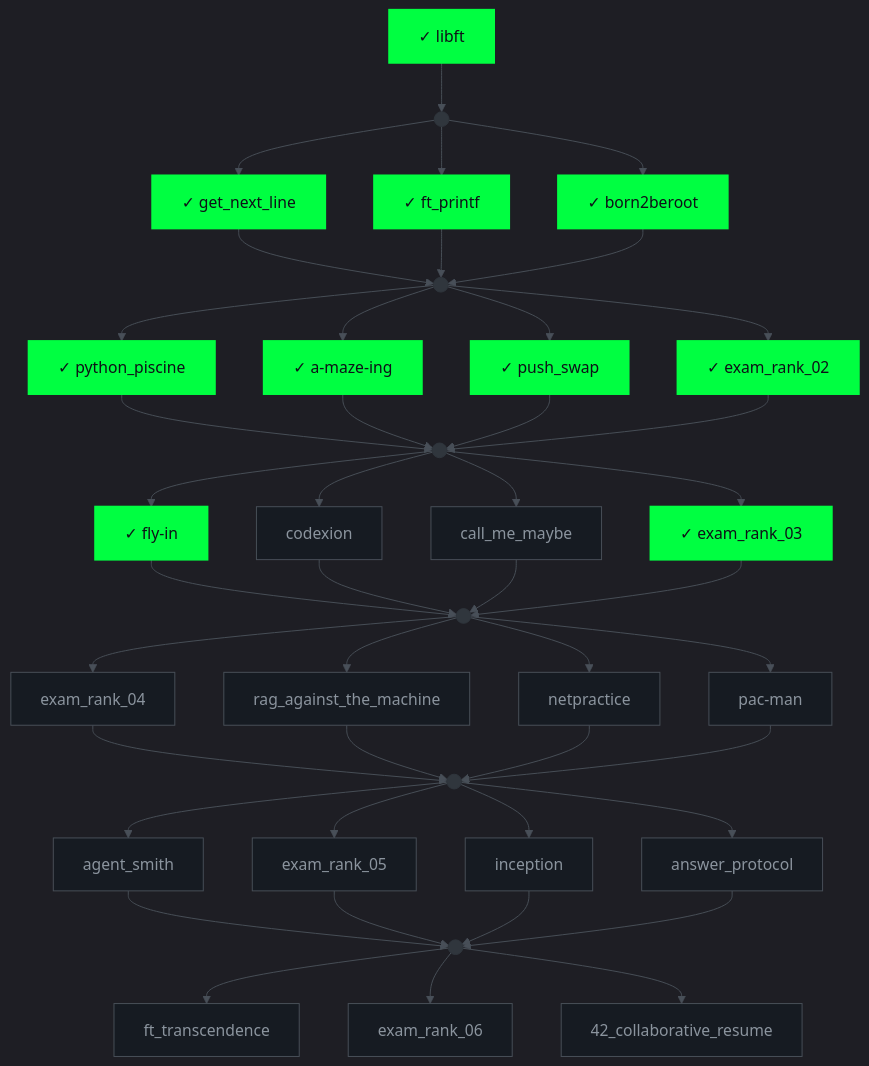
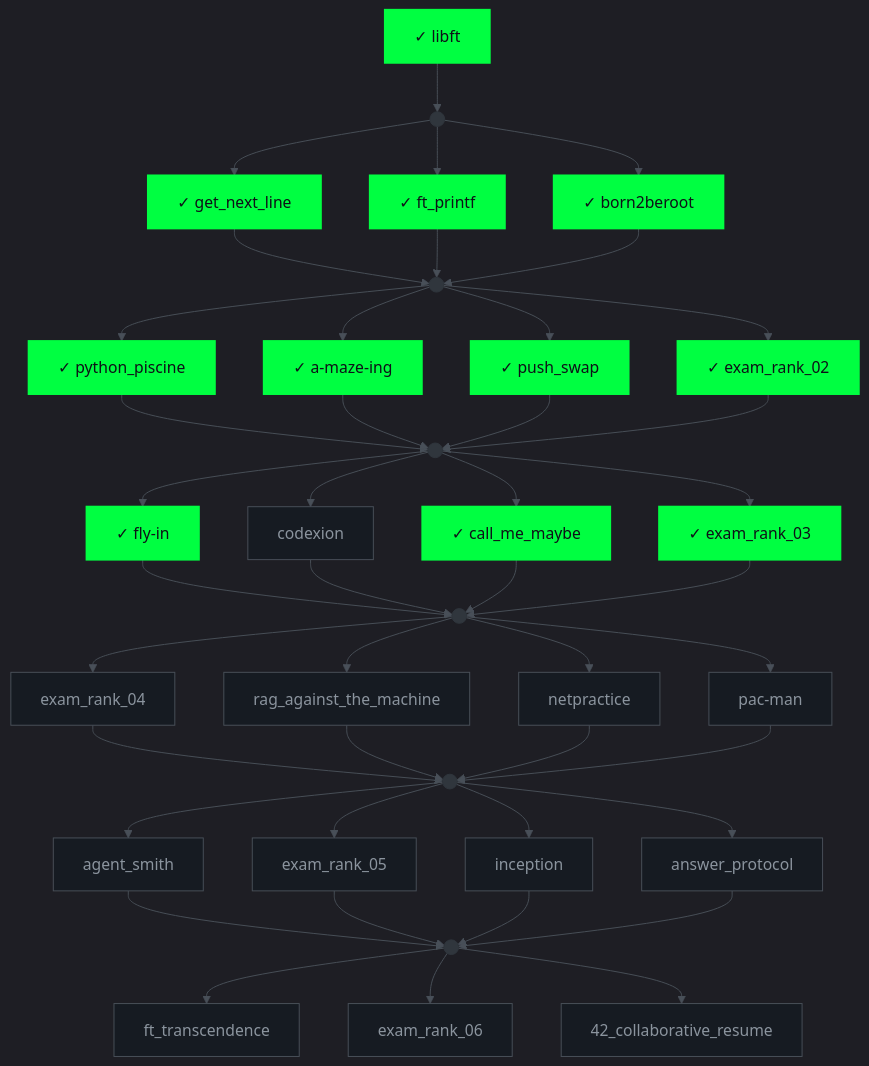
The diagram in README.md (bettercallmefifi/bettercallmefifi), drawn with Mermaid before and after one commit.

Commit message:
Update call_me_maybe status to done

````diff
--- a/README.md
+++ b/README.md
@@ -56,60 +56,60 @@
 ```mermaid
 %%{init: {'theme':'dark','themeVariables':{'primaryColor':'#0D1117','primaryTextColor':'#C9D1D9','primaryBorderColor':'#30363D','lineColor':'#484F58','fontFamily':'monospace','fontSize':'16px'}}}%%
 graph TD
     LIB["✓ libft"]:::done --> G0((" ")):::gate
     G0 --> GNL["✓ get_next_line"]:::done
     G0 --> FP["✓ ft_printf"]:::done
     G0 --> B2B["✓ born2beroot"]:::done
 
     GNL --> G1((" ")):::gate
     FP --> G1
     B2B --> G1
 
     G1 --> PY["✓ python_piscine"]:::done
     G1 --> AM["✓ a-maze-ing"]:::done
     G1 --> PS["✓ push_swap"]:::done
     G1 --> E2["✓ exam_rank_02"]:::done
 
     PY --> G2((" ")):::gate
     AM --> G2
     PS --> G2
     E2 --> G2
 
     G2 --> FI["✓ fly-in"]:::done
     G2 --> CX["codexion"]:::todo
-    G2 --> CMM["call_me_maybe"]:::todo
+    G2 --> CMM["✓ call_me_maybe"]:::done
     G2 --> E3["✓ exam_rank_03"]:::done
 
     FI --> G3((" ")):::gate
     CX --> G3
     CMM --> G3
     E3 --> G3
 
     G3 --> E4["exam_rank_04"]:::todo
     G3 --> RAG["rag_against_the_machine"]:::todo
     G3 --> NP["netpractice"]:::todo
     G3 --> PM["pac-man"]:::todo
 
     E4 --> G4((" ")):::gate
     RAG --> G4
     NP --> G4
     PM --> G4
 
     G4 --> AS["agent_smith"]:::todo
     G4 --> E5["exam_rank_05"]:::todo
     G4 --> INC["inception"]:::todo
     G4 --> AP["answer_protocol"]:::todo
 
     AS --> G5((" ")):::gate
     E5 --> G5
     INC --> G5
     AP --> G5
 
     G5 --> FT["ft_transcendence"]:::todo
     G5 --> E6["exam_rank_06"]:::todo
     G5 --> CR["42_collaborative_resume"]:::todo
 
     classDef done fill:#00FF41,stroke:#00FF41,color:#0D1117,stroke-width:2px
     classDef todo fill:#161B22,stroke:#484F58,color:#8B949E
     classDef gate fill:#30363D,stroke:#30363D,color:#30363D
 ```
````
